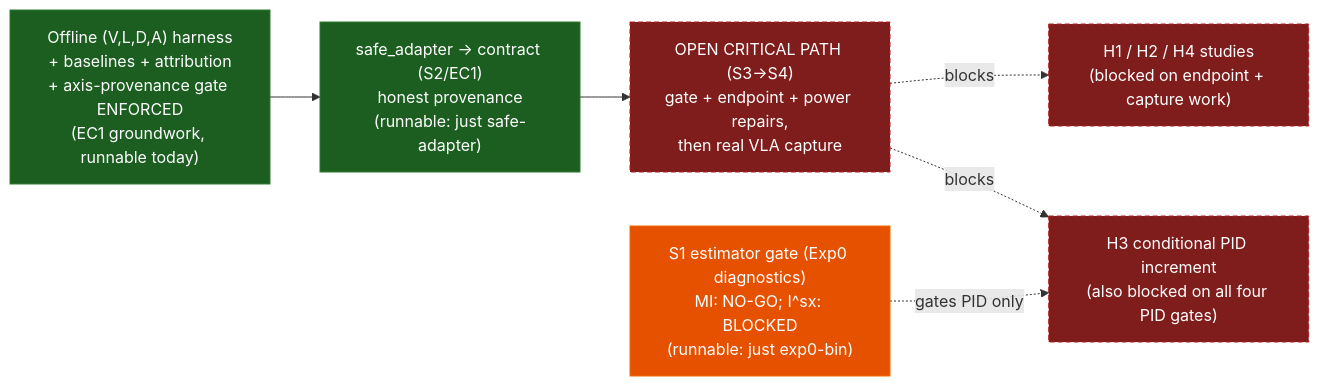
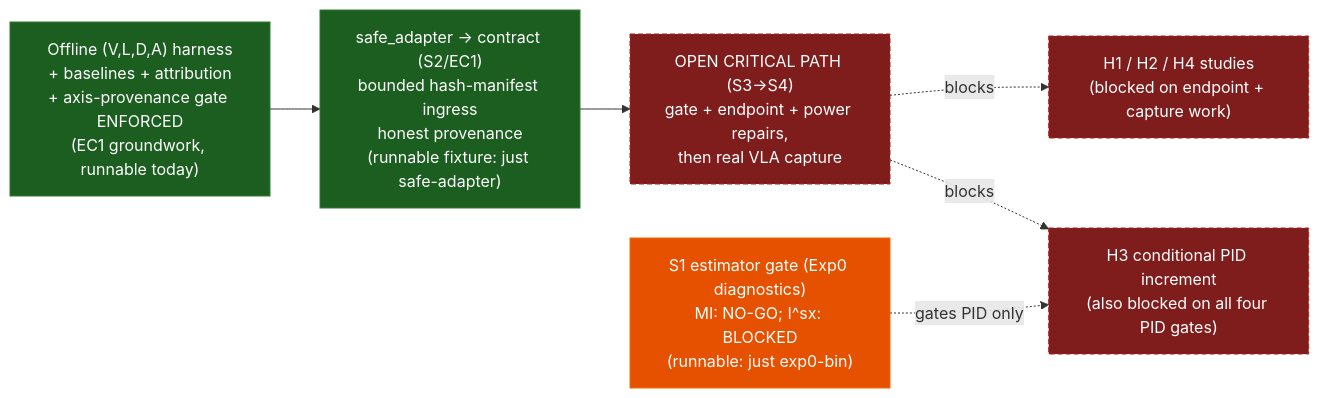
Before and after one commit to sepahead/prisoma: the diagram in README.md, drawn with Mermaid. The commit also changed other lines of this file and 18 other files, not shown here.

Commit message:
feat(adapter): harden SAFE capture ingress

````diff
--- a/README.md
+++ b/README.md
@@ -87,19 +87,19 @@
 ```mermaid
 flowchart LR
     classDef run fill:#1b5e20,stroke:#2e7d32,color:#fff;
     classDef gate fill:#e65100,stroke:#ef6c00,color:#fff;
     classDef blocked fill:#7f1d1d,stroke:#b71c1c,color:#fff,stroke-dasharray:5 3;
 
     Exp0["S1 estimator gate (Exp0 diagnostics)<br/>MI: NO-GO; I^sx: BLOCKED<br/>(runnable: just exp0-bin)"]:::gate
     Harness["Offline (V,L,D,A) harness<br/>+ baselines + attribution<br/>+ axis-provenance gate ENFORCED<br/>(EC1 groundwork, runnable today)"]:::run
-    Adapter["safe_adapter → contract (S2/EC1)<br/>honest provenance<br/>(runnable: just safe-adapter)"]:::run
+    Adapter["safe_adapter → contract (S2/EC1)<br/>bounded hash-manifest ingress<br/>honest provenance<br/>(runnable fixture: just safe-adapter)"]:::run
     Capture["OPEN CRITICAL PATH (S3→S4)<br/>gate + endpoint + power repairs,<br/>then real VLA capture"]:::blocked
     Exps["H1 / H2 / H4 studies<br/>(blocked on endpoint + capture work)"]:::blocked
     H3["H3 conditional PID increment<br/>(also blocked on all four PID gates)"]:::blocked
 
     Harness --> Adapter
     Adapter --> Capture
     Capture -. blocks .-> Exps
     Capture -. blocks .-> H3
     Exp0 -. gates PID only .-> H3
 ```
````
